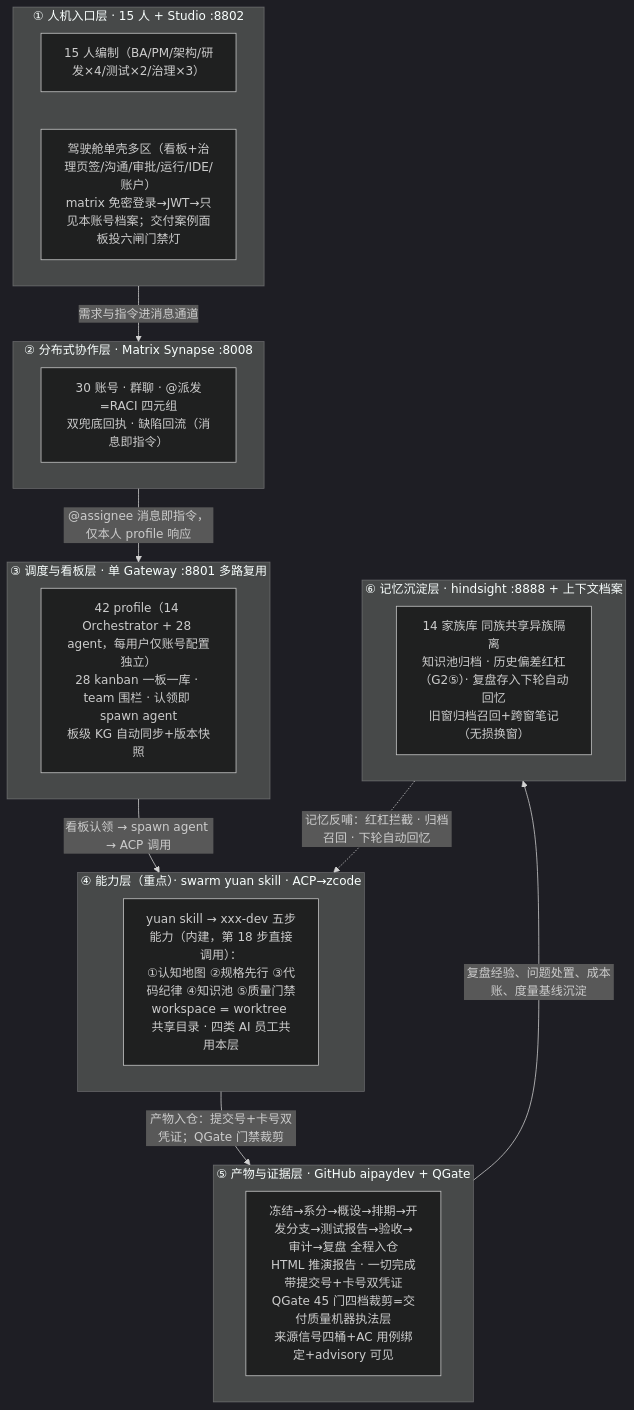
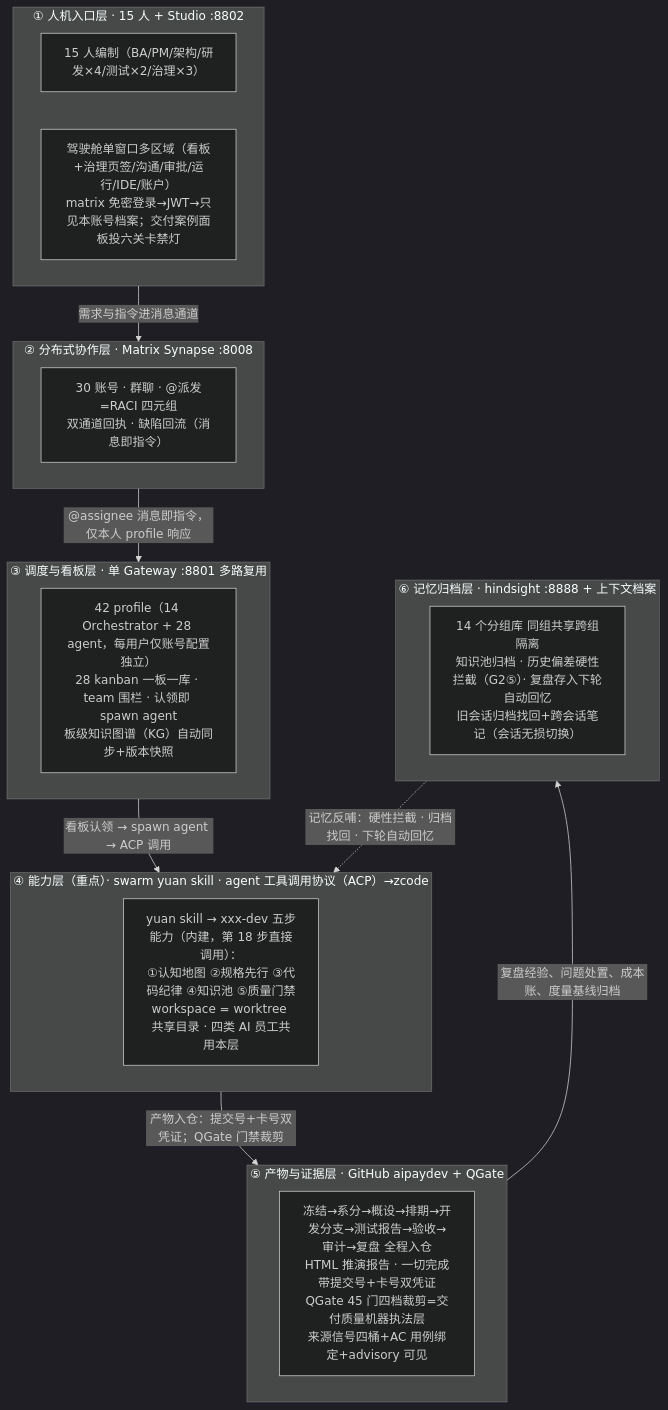
Before and after one commit to issac-new/SwarmStudio: the third of 3 diagrams in docs/superpowers/specs/2026-10-05-mux-v8-fullflow-plan.md, drawn with Mermaid (dark theme). The commit also changed other lines of this file, not shown here.

````diff
--- a/docs/superpowers/specs/2026-10-05-mux-v8-fullflow-plan.md
+++ b/docs/superpowers/specs/2026-10-05-mux-v8-fullflow-plan.md
@@ -151,28 +151,28 @@
 ```mermaid
 graph TB
     subgraph L1["① 人机入口层 · 15 人 + Studio :8802"]
         U["15 人编制（BA/PM/架构/研发×4/测试×2/治理×3）"]
-        ST["驾驶舱单壳多区（看板+治理页签/沟通/审批/运行/IDE/账户）<br/>matrix 免密登录→JWT→只见本账号档案；交付案例面板投六闸门禁灯"]
+        ST["驾驶舱单窗口多区域（看板+治理页签/沟通/审批/运行/IDE/账户）<br/>matrix 免密登录→JWT→只见本账号档案；交付案例面板投六关卡禁灯"]
     end
     subgraph L2["② 分布式协作层 · Matrix Synapse :8008"]
-        MX["30 账号 · 群聊 · @派发=RACI 四元组<br/>双兜底回执 · 缺陷回流（消息即指令）"]
+        MX["30 账号 · 群聊 · @派发=RACI 四元组<br/>双通道回执 · 缺陷回流（消息即指令）"]
     end
     subgraph L3["③ 调度与看板层 · 单 Gateway :8801 多路复用"]
-        GW["42 profile（14 Orchestrator + 28 agent，每用户仅账号配置独立）<br/>28 kanban 一板一库 · team 围栏 · 认领即 spawn agent<br/>板级 KG 自动同步+版本快照"]
+        GW["42 profile（14 Orchestrator + 28 agent，每用户仅账号配置独立）<br/>28 kanban 一板一库 · team 围栏 · 认领即 spawn agent<br/>板级知识图谱（KG）自动同步+版本快照"]
     end
-    subgraph L4["④ 能力层（重点）· swarm yuan skill · ACP→zcode"]
+    subgraph L4["④ 能力层（重点）· swarm yuan skill · agent 工具调用协议（ACP）→zcode"]
         SK["yuan skill → xxx-dev 五步能力（内建，第 18 步直接调用）：<br/>①认知地图 ②规格先行 ③代码纪律 ④知识池 ⑤质量门禁<br/>workspace = worktree 共享目录 · 四类 AI 员工共用本层"]
     end
     subgraph L5["⑤ 产物与证据层 · GitHub aipaydev + QGate"]
         ART["冻结→系分→概设→排期→开发分支→测试报告→验收→审计→复盘 全程入仓<br/>HTML 推演报告 · 一切完成带提交号+卡号双凭证<br/>QGate 45 门四档裁剪=交付质量机器执法层<br/>来源信号四桶+AC 用例绑定+advisory 可见"]
     end
-    subgraph L6["⑥ 记忆沉淀层 · hindsight :8888 + 上下文档案"]
-        MEM["14 家族库 同族共享异族隔离<br/>知识池归档 · 历史偏差红杠（G2⑤）· 复盘存入下轮自动回忆<br/>旧窗归档召回+跨窗笔记（无损换窗）"]
+    subgraph L6["⑥ 记忆归档层 · hindsight :8888 + 上下文档案"]
+        MEM["14 个分组库 同组共享跨组隔离<br/>知识池归档 · 历史偏差硬性拦截（G2⑤）· 复盘存入下轮自动回忆<br/>旧会话归档找回+跨会话笔记（会话无损切换）"]
     end
     L1 -->|"需求与指令进消息通道"| L2
     L2 -->|"@assignee 消息即指令，仅本人 profile 响应"| L3
     L3 -->|"看板认领 → spawn agent → ACP 调用"| L4
     L4 -->|"产物入仓：提交号+卡号双凭证；QGate 门禁裁剪"| L5
-    L5 -->|"复盘经验、问题处置、成本账、度量基线沉淀"| L6
-    L6 -.->|"记忆反哺：红杠拦截 · 归档召回 · 下轮自动回忆"| L4
+    L5 -->|"复盘经验、问题处置、成本账、度量基线归档"| L6
+    L6 -.->|"记忆反哺：硬性拦截 · 归档找回 · 下轮自动回忆"| L4
 ```
````
